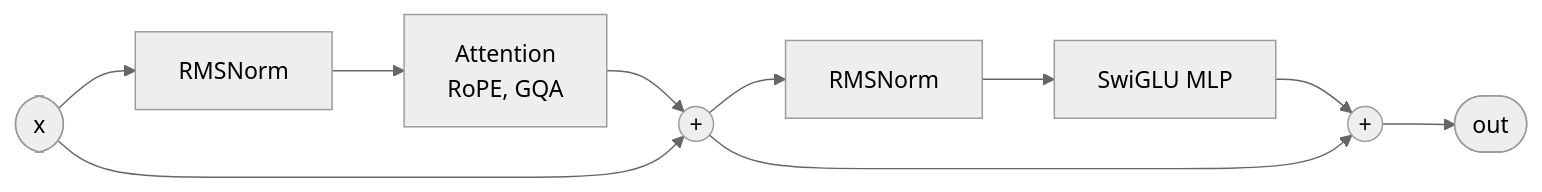
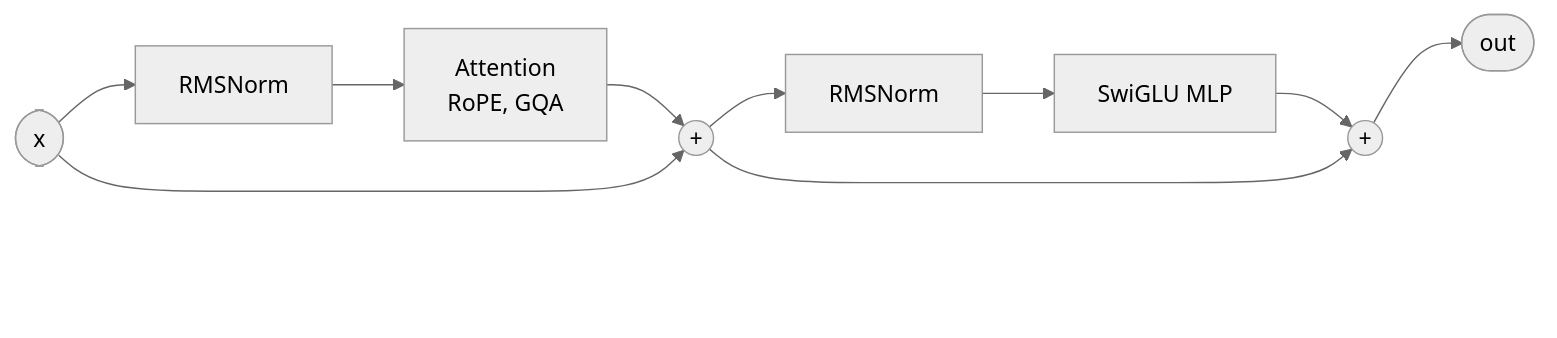
Before and after one commit to cooldip00/tiny-llm: the first of 4 diagrams in README.md, drawn with Mermaid (neutral theme). The commit also changed other lines of this file and 1 other file, not shown here.

First line of the commit message:
README: keep the GitHub zoom buttons off the diagrams' last boxes

````diff
--- a/README.md
+++ b/README.md
@@ -118,8 +118,11 @@
 ```mermaid
 flowchart LR
     x([x]) --> n1[RMSNorm] --> attn["Attention<br/>RoPE, GQA"] --> a1((+))
     x --> a1
     a1 --> n2[RMSNorm] --> mlp["SwiGLU MLP"] --> a2((+))
     a1 --> a2
     a2 --> out([out])
+    %% Invisible box: keeps the GitHub zoom buttons off the last node
+    a2 ~~~ gap["<br/><br/><br/><br/>"]
+    style gap fill:none,stroke:none
 ```
````
